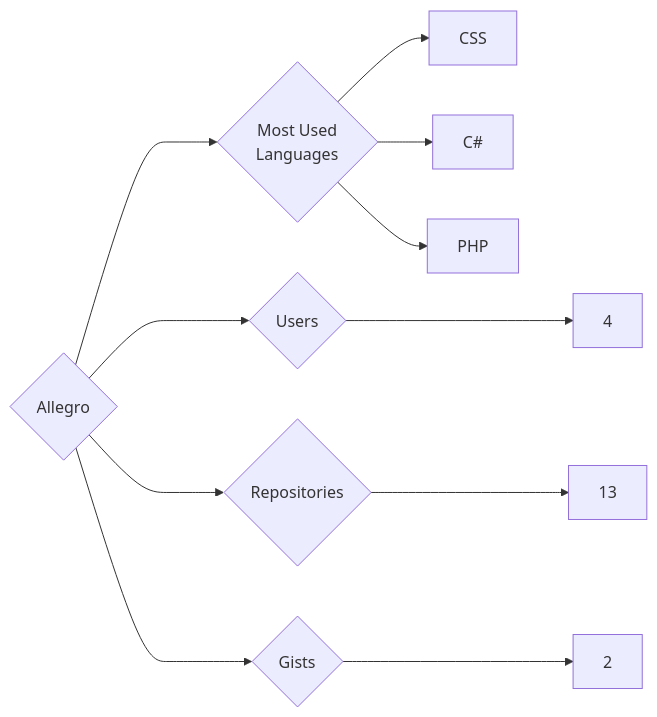
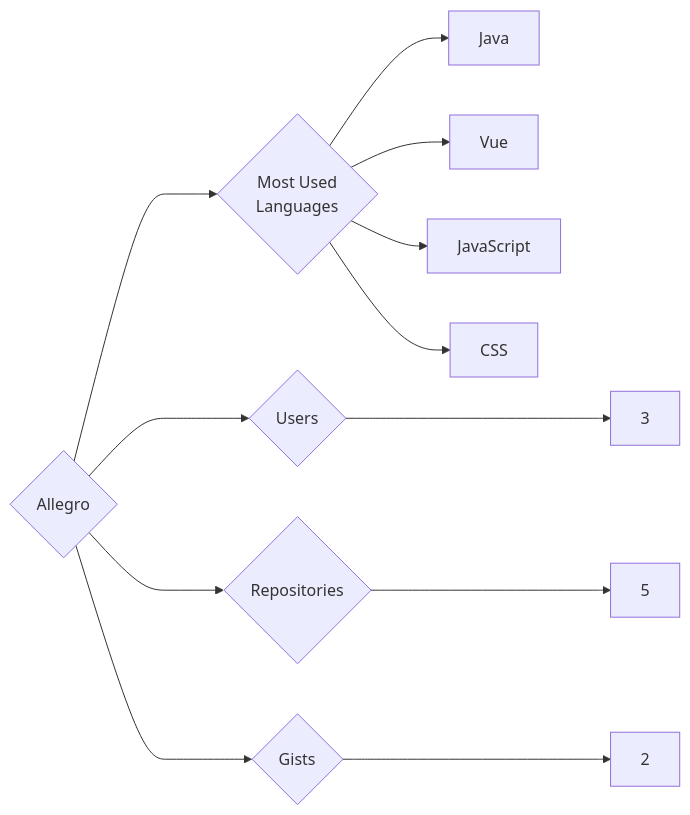
Before and after one commit to trickest/insiders: the diagram in targets/Allegro/README.md, drawn with Mermaid. The commit also changed 1175 other files, not shown here.

````diff
--- a/targets/Allegro/README.md
+++ b/targets/Allegro/README.md
@@ -3,11 +3,12 @@
 ```mermaid
 graph LR
 COMPANY_NAME{Allegro}
-COMPANY_NAME ---> U{Users} ---> UN[4]
-COMPANY_NAME ---> R{Repositories} ---> RN[13]
+COMPANY_NAME ---> U{Users} ---> UN[3]
+COMPANY_NAME ---> R{Repositories} ---> RN[5]
 COMPANY_NAME ---> G{Gists} ---> GN[2]
 COMPANY_NAME ---> ML{Most Used<br>Languages}
+ML --> Java[Java]
+ML --> Vue[Vue]
+ML --> JavaScript[JavaScript]
 ML --> CSS[CSS]
-ML --> C#[C#]
-ML --> PHP[PHP]
 ```
````
